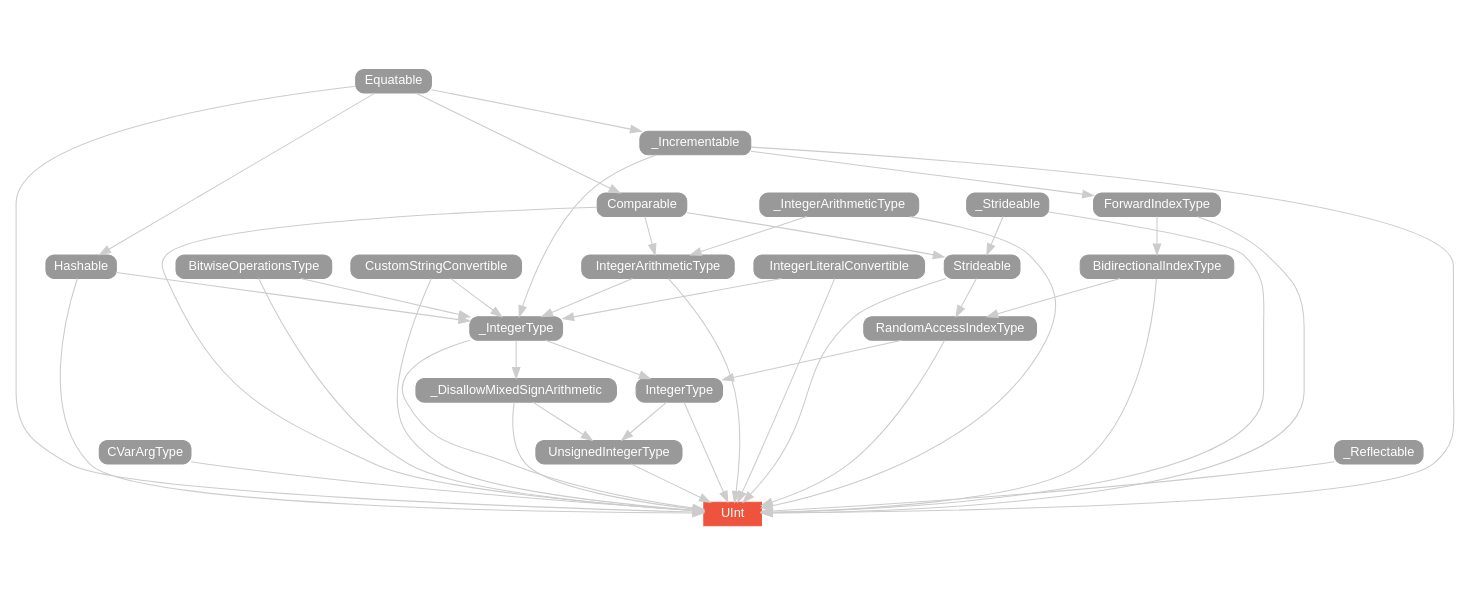
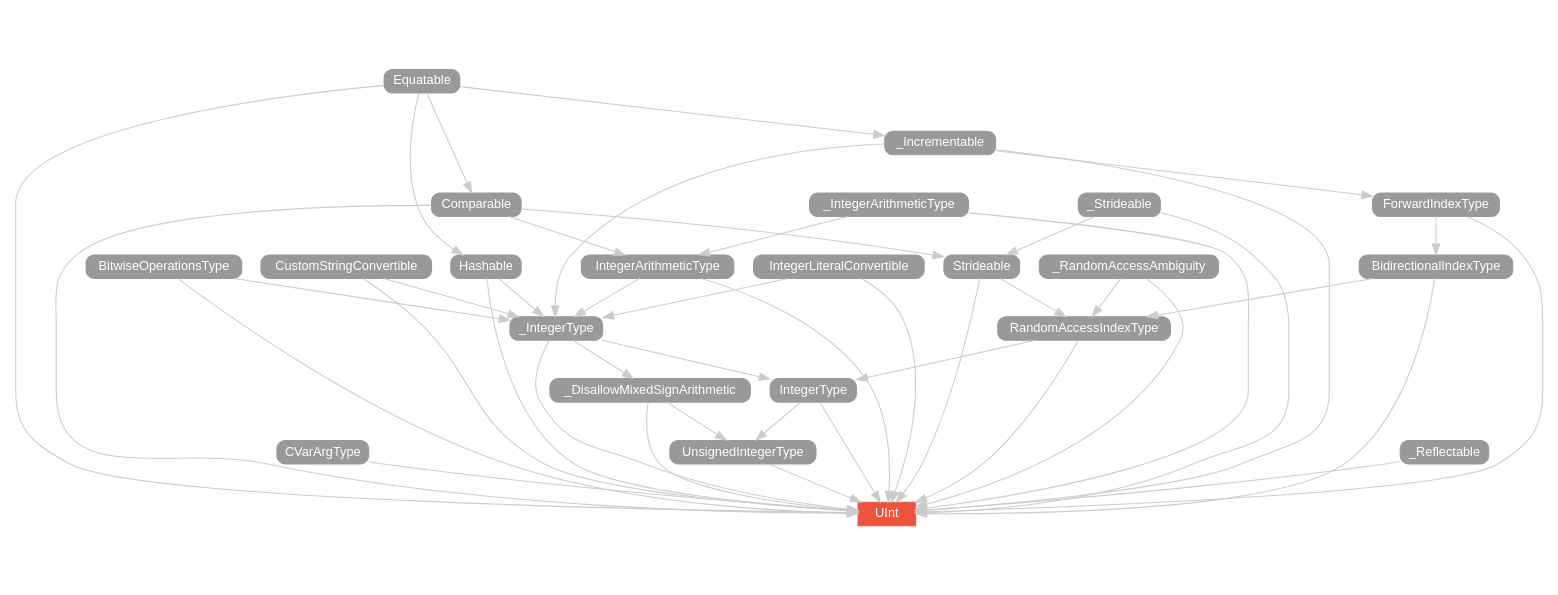
The diagram in swift-2/type/UInt/hierarchy/index.dot (SwiftDoc/SwiftDoc.github.io), drawn with Graphviz before and after one commit. The commit also changed 1189 other files, not shown here.

```diff
--- a/swift-2/type/UInt/hierarchy/index.dot
+++ b/swift-2/type/UInt/hierarchy/index.dot
@@ -1,149 +1,154 @@
 strict digraph "UInt - Type Hierarchy - SwiftDoc.org" {
     pad="0.1,0.8"
     node [shape=box, style="filled,rounded", color="#999999", fillcolor="#999999", fontcolor=white, fontname=Helvetica, fontnames="Helvetica,sansserif", fontsize=12, margin="0.07,0.05", height="0.3"]
     edge [color="#cccccc"]
     "BidirectionalIndexType" [URL="/protocol/BidirectionalIndexType/"]
     "BitwiseOperationsType" [URL="/protocol/BitwiseOperationsType/"]
     "CVarArgType" [URL="/protocol/CVarArgType/"]
     "Comparable" [URL="/protocol/Comparable/"]
     "CustomStringConvertible" [URL="/protocol/CustomStringConvertible/"]
     "Equatable" [URL="/protocol/Equatable/"]
     "ForwardIndexType" [URL="/protocol/ForwardIndexType/"]
     "Hashable" [URL="/protocol/Hashable/"]
     "IntegerArithmeticType" [URL="/protocol/IntegerArithmeticType/"]
     "IntegerLiteralConvertible" [URL="/protocol/IntegerLiteralConvertible/"]
     "IntegerType" [URL="/protocol/IntegerType/"]
     "RandomAccessIndexType" [URL="/protocol/RandomAccessIndexType/"]
     "Strideable" [URL="/protocol/Strideable/"]
     "UInt" [URL="/type/UInt/", style="filled", fillcolor="#ee543d", color="#ee543d"]
     "UnsignedIntegerType" [URL="/protocol/UnsignedIntegerType/"]
     "_DisallowMixedSignArithmetic" [URL="/protocol/_DisallowMixedSignArithmetic/"]
     "_Incrementable" [URL="/protocol/_Incrementable/"]
     "_IntegerArithmeticType" [URL="/protocol/_IntegerArithmeticType/"]
     "_IntegerType" [URL="/protocol/_IntegerType/"]
+    "_RandomAccessAmbiguity" [URL="/protocol/_RandomAccessAmbiguity/"]
     "_Reflectable" [URL="/protocol/_Reflectable/"]
     "_Strideable" [URL="/protocol/_Strideable/"]    "_IntegerArithmeticType" -> "UInt"
     "Comparable" -> "UInt"
     "Equatable" -> "UInt"
     "_DisallowMixedSignArithmetic" -> "UInt"
     "_IntegerType" -> "UInt"
     "IntegerArithmeticType" -> "UInt"
     "IntegerLiteralConvertible" -> "UInt"
     "IntegerType" -> "UInt"
     "UnsignedIntegerType" -> "UInt"
     "Hashable" -> "UInt"
     "CustomStringConvertible" -> "UInt"
     "_Incrementable" -> "UInt"
     "RandomAccessIndexType" -> "UInt"
     "BidirectionalIndexType" -> "UInt"
     "ForwardIndexType" -> "UInt"
     "Strideable" -> "UInt"
     "_Strideable" -> "UInt"
+    "_RandomAccessAmbiguity" -> "UInt"
     "BitwiseOperationsType" -> "UInt"
     "_Reflectable" -> "UInt"
     "CVarArgType" -> "UInt"
     "Equatable" -> "Comparable"
     "_IntegerType" -> "_DisallowMixedSignArithmetic"
     "IntegerLiteralConvertible" -> "_IntegerType"
     "CustomStringConvertible" -> "_IntegerType"
     "Hashable" -> "_IntegerType"
     "IntegerArithmeticType" -> "_IntegerType"
     "BitwiseOperationsType" -> "_IntegerType"
     "_Incrementable" -> "_IntegerType"
     "Equatable" -> "Hashable"
     "_IntegerArithmeticType" -> "IntegerArithmeticType"
     "Comparable" -> "IntegerArithmeticType"
     "Equatable" -> "Comparable"
     "Equatable" -> "_Incrementable"
     "IntegerLiteralConvertible" -> "_IntegerType"
     "CustomStringConvertible" -> "_IntegerType"
     "Hashable" -> "_IntegerType"
     "IntegerArithmeticType" -> "_IntegerType"
     "BitwiseOperationsType" -> "_IntegerType"
     "_Incrementable" -> "_IntegerType"
     "Equatable" -> "Hashable"
     "_IntegerArithmeticType" -> "IntegerArithmeticType"
     "Comparable" -> "IntegerArithmeticType"
     "Equatable" -> "Comparable"
     "Equatable" -> "_Incrementable"
     "_IntegerArithmeticType" -> "IntegerArithmeticType"
     "Comparable" -> "IntegerArithmeticType"
     "Equatable" -> "Comparable"
     "_IntegerType" -> "IntegerType"
     "RandomAccessIndexType" -> "IntegerType"
     "IntegerLiteralConvertible" -> "_IntegerType"
     "CustomStringConvertible" -> "_IntegerType"
     "Hashable" -> "_IntegerType"
     "IntegerArithmeticType" -> "_IntegerType"
     "BitwiseOperationsType" -> "_IntegerType"
     "_Incrementable" -> "_IntegerType"
     "Equatable" -> "Hashable"
     "_IntegerArithmeticType" -> "IntegerArithmeticType"
     "Comparable" -> "IntegerArithmeticType"
     "Equatable" -> "Comparable"
     "Equatable" -> "_Incrementable"
     "BidirectionalIndexType" -> "RandomAccessIndexType"
     "Strideable" -> "RandomAccessIndexType"
+    "_RandomAccessAmbiguity" -> "RandomAccessIndexType"
     "ForwardIndexType" -> "BidirectionalIndexType"
     "_Incrementable" -> "ForwardIndexType"
     "Equatable" -> "_Incrementable"
     "Comparable" -> "Strideable"
     "_Strideable" -> "Strideable"
     "Equatable" -> "Comparable"
     "_DisallowMixedSignArithmetic" -> "UnsignedIntegerType"
     "IntegerType" -> "UnsignedIntegerType"
     "_IntegerType" -> "_DisallowMixedSignArithmetic"
     "IntegerLiteralConvertible" -> "_IntegerType"
     "CustomStringConvertible" -> "_IntegerType"
     "Hashable" -> "_IntegerType"
     "IntegerArithmeticType" -> "_IntegerType"
     "BitwiseOperationsType" -> "_IntegerType"
     "_Incrementable" -> "_IntegerType"
     "Equatable" -> "Hashable"
     "_IntegerArithmeticType" -> "IntegerArithmeticType"
     "Comparable" -> "IntegerArithmeticType"
     "Equatable" -> "Comparable"
     "Equatable" -> "_Incrementable"
     "_IntegerType" -> "IntegerType"
     "RandomAccessIndexType" -> "IntegerType"
     "IntegerLiteralConvertible" -> "_IntegerType"
     "CustomStringConvertible" -> "_IntegerType"
     "Hashable" -> "_IntegerType"
     "IntegerArithmeticType" -> "_IntegerType"
     "BitwiseOperationsType" -> "_IntegerType"
     "_Incrementable" -> "_IntegerType"
     "Equatable" -> "Hashable"
     "_IntegerArithmeticType" -> "IntegerArithmeticType"
     "Comparable" -> "IntegerArithmeticType"
     "Equatable" -> "Comparable"
     "Equatable" -> "_Incrementable"
     "BidirectionalIndexType" -> "RandomAccessIndexType"
     "Strideable" -> "RandomAccessIndexType"
+    "_RandomAccessAmbiguity" -> "RandomAccessIndexType"
     "ForwardIndexType" -> "BidirectionalIndexType"
     "_Incrementable" -> "ForwardIndexType"
     "Equatable" -> "_Incrementable"
     "Comparable" -> "Strideable"
     "_Strideable" -> "Strideable"
     "Equatable" -> "Comparable"
     "Equatable" -> "Hashable"
     "Equatable" -> "_Incrementable"
     "BidirectionalIndexType" -> "RandomAccessIndexType"
     "Strideable" -> "RandomAccessIndexType"
+    "_RandomAccessAmbiguity" -> "RandomAccessIndexType"
     "ForwardIndexType" -> "BidirectionalIndexType"
     "_Incrementable" -> "ForwardIndexType"
     "Equatable" -> "_Incrementable"
     "Comparable" -> "Strideable"
     "_Strideable" -> "Strideable"
     "Equatable" -> "Comparable"
     "ForwardIndexType" -> "BidirectionalIndexType"
     "_Incrementable" -> "ForwardIndexType"
     "Equatable" -> "_Incrementable"
     "_Incrementable" -> "ForwardIndexType"
     "Equatable" -> "_Incrementable"
     "Comparable" -> "Strideable"
     "_Strideable" -> "Strideable"
     "Equatable" -> "Comparable"
     subgraph Types {
         rank = max; "UInt";
     }
 }
```
